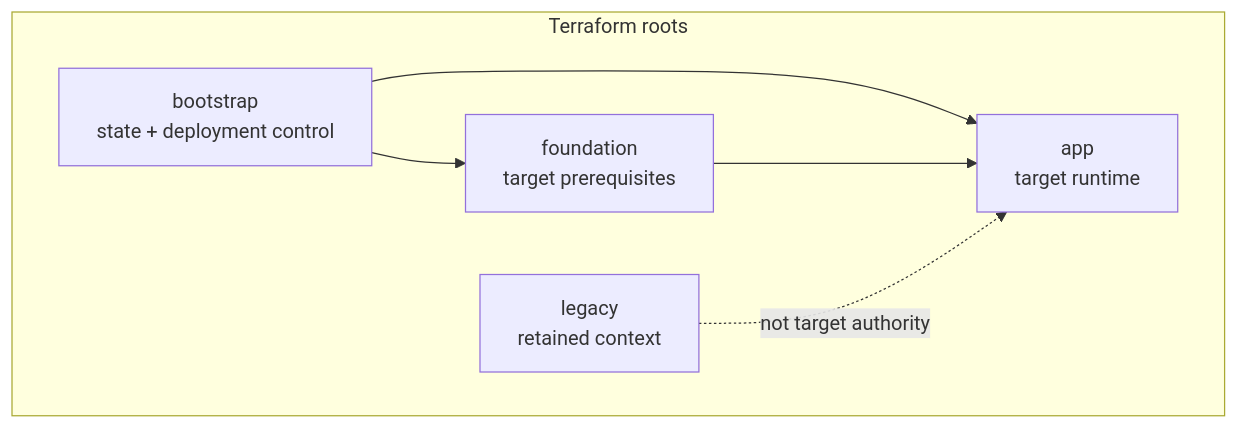
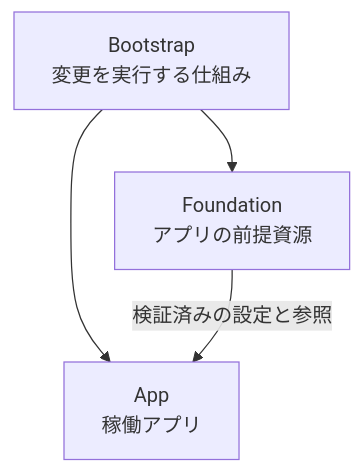
Before and after one commit to hwatanabe-jp/stark-ballot-simulator-public: the diagram in public-book/src/aws/terraform.md, drawn with Mermaid. The commit also changed other lines of this file and 1197 other files, not shown here.

````diff
--- a/public-book/src/aws/terraform.md
+++ b/public-book/src/aws/terraform.md
@@ -43,14 +25,6 @@
 ```mermaid
 flowchart TB
-  subgraph "Terraform roots"
-    BOOT["bootstrap<br/>state + deployment control"]
-    FOUND["foundation<br/>target prerequisites"]
-    APP["app<br/>target runtime"]
-    LEGACY["legacy<br/>retained context"]
-  end
-
-  BOOT --> FOUND
-  BOOT --> APP
-  FOUND --> APP
-  LEGACY -. "not target authority" .-> APP
+  B["Bootstrap<br/>変更を実行する仕組み"] --> F["Foundation<br/>アプリの前提資源"]
+  B --> A["App<br/>稼働アプリ"]
+  F -->|検証済みの設定と参照| A
 ```
````
